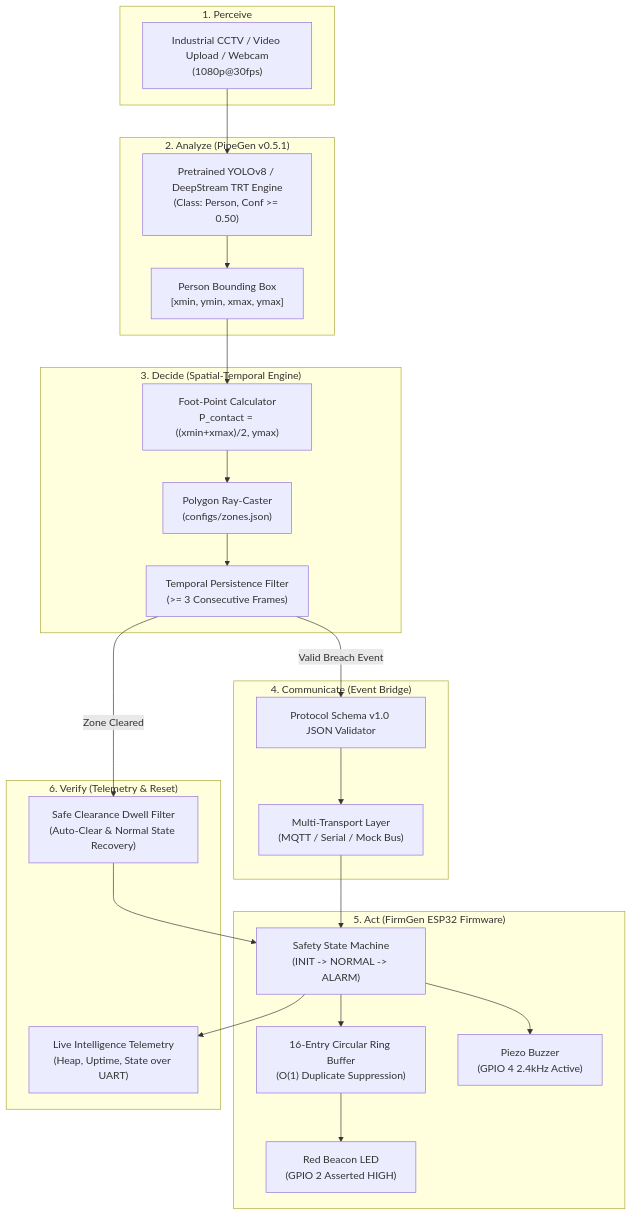
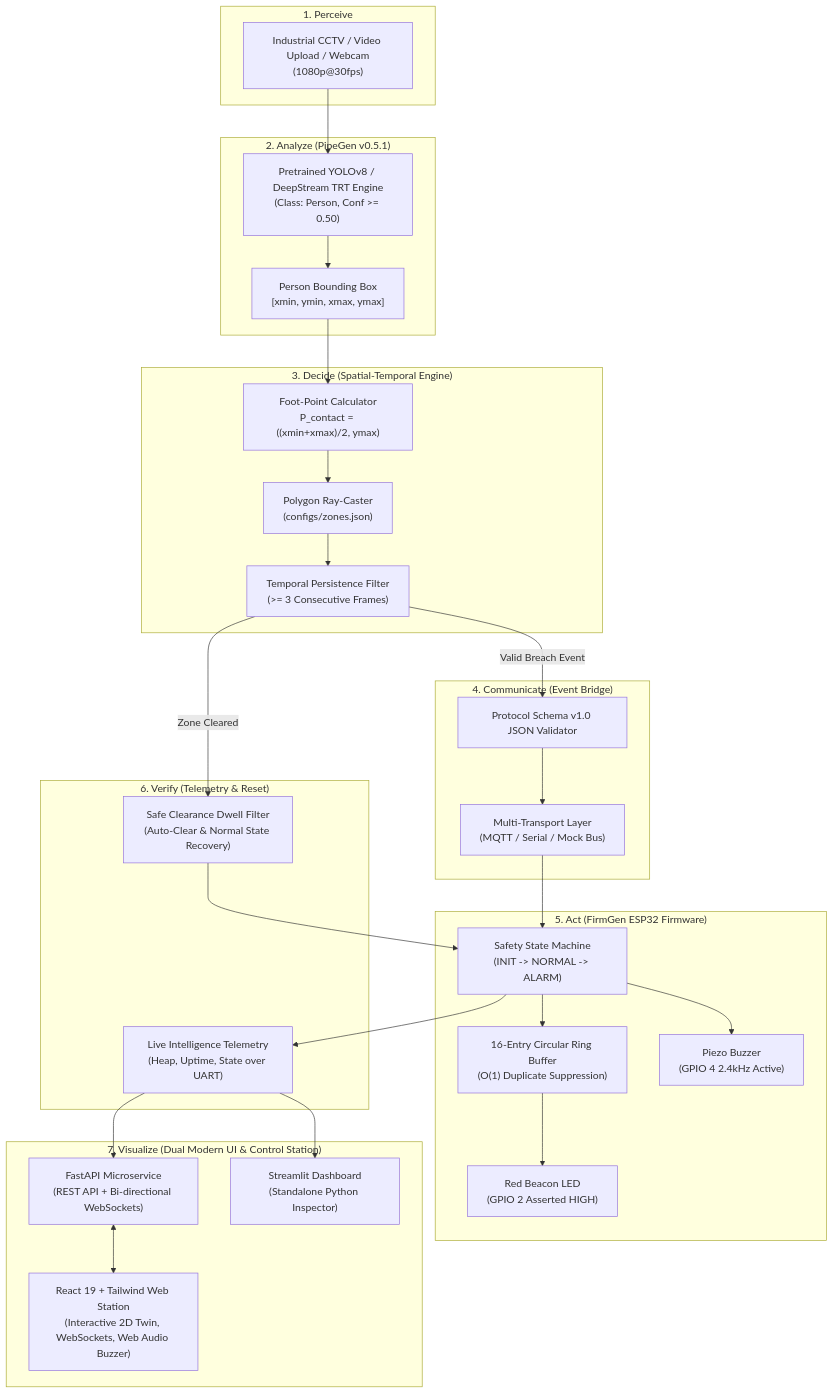
One commit to Sachin1966/CraftifAIHackathon_CRA069 changed the diagram in README.md. Above: the diagram before and after it, drawn with Mermaid. The commit also changed other lines of this file and 30 other files, not shown here.

Commit message:
feat: complete physical safety sentinel with full-stack React frontend, FastAPI backend, and updated docs

````diff
--- a/README.md
+++ b/README.md
@@ -66,41 +89,49 @@
 ```mermaid
 flowchart TD
     subgraph PERCEIVE ["1. Perceive"]
         CAM["Industrial CCTV / Video Upload / Webcam<br>(1080p@30fps)"]
     end
 
     subgraph ANALYZE ["2. Analyze (PipeGen v0.5.1)"]
         YOLO["Pretrained YOLOv8 / DeepStream TRT Engine<br>(Class: Person, Conf >= 0.50)"]
         BBOX["Person Bounding Box<br>[xmin, ymin, xmax, ymax]"]
     end
 
     subgraph DECIDE ["3. Decide (Spatial-Temporal Engine)"]
         FOOT["Foot-Point Calculator<br>P_contact = ((xmin+xmax)/2, ymax)"]
         POLY["Polygon Ray-Caster<br>(configs/zones.json)"]
         PERSIST["Temporal Persistence Filter<br>(>= 3 Consecutive Frames)"]
     end
 
     subgraph COMMUNICATE ["4. Communicate (Event Bridge)"]
         SCHEMA["Protocol Schema v1.0 JSON Validator"]
         TRANSPORT["Multi-Transport Layer<br>(MQTT / Serial / Mock Bus)"]
     end
 
     subgraph ACT ["5. Act (FirmGen ESP32 Firmware)"]
         FSM["Safety State Machine<br>(INIT -> NORMAL -> ALARM)"]
         RING["16-Entry Circular Ring Buffer<br>(O(1) Duplicate Suppression)"]
         LED["Red Beacon LED<br>(GPIO 2 Asserted HIGH)"]
         BUZZ["Piezo Buzzer<br>(GPIO 4 2.4kHz Active)"]
     end
 
     subgraph VERIFY ["6. Verify (Telemetry & Reset)"]
         TELEM["Live Intelligence Telemetry<br>(Heap, Uptime, State over UART)"]
         CLEAR["Safe Clearance Dwell Filter<br>(Auto-Clear & Normal State Recovery)"]
     end
 
+    subgraph VISUALIZE ["7. Visualize (Dual Modern UI & Control Station)"]
+        REACT["React 19 + Tailwind Web Station<br>(Interactive 2D Twin, WebSockets, Web Audio Buzzer)"]
+        FASTAPI["FastAPI Microservice<br>(REST API + Bi-directional WebSockets)"]
+        STREAMLIT["Streamlit Dashboard<br>(Standalone Python Inspector)"]
+    end
+
     CAM --> YOLO --> BBOX --> FOOT --> POLY --> PERSIST
     PERSIST -- "Valid Breach Event" --> SCHEMA --> TRANSPORT --> FSM
     FSM --> RING --> LED
     FSM --> BUZZ
     FSM --> TELEM
     PERSIST -- "Zone Cleared" --> CLEAR --> FSM
+    TELEM --> FASTAPI <--> REACT
+    TELEM --> STREAMLIT
 ```
````
